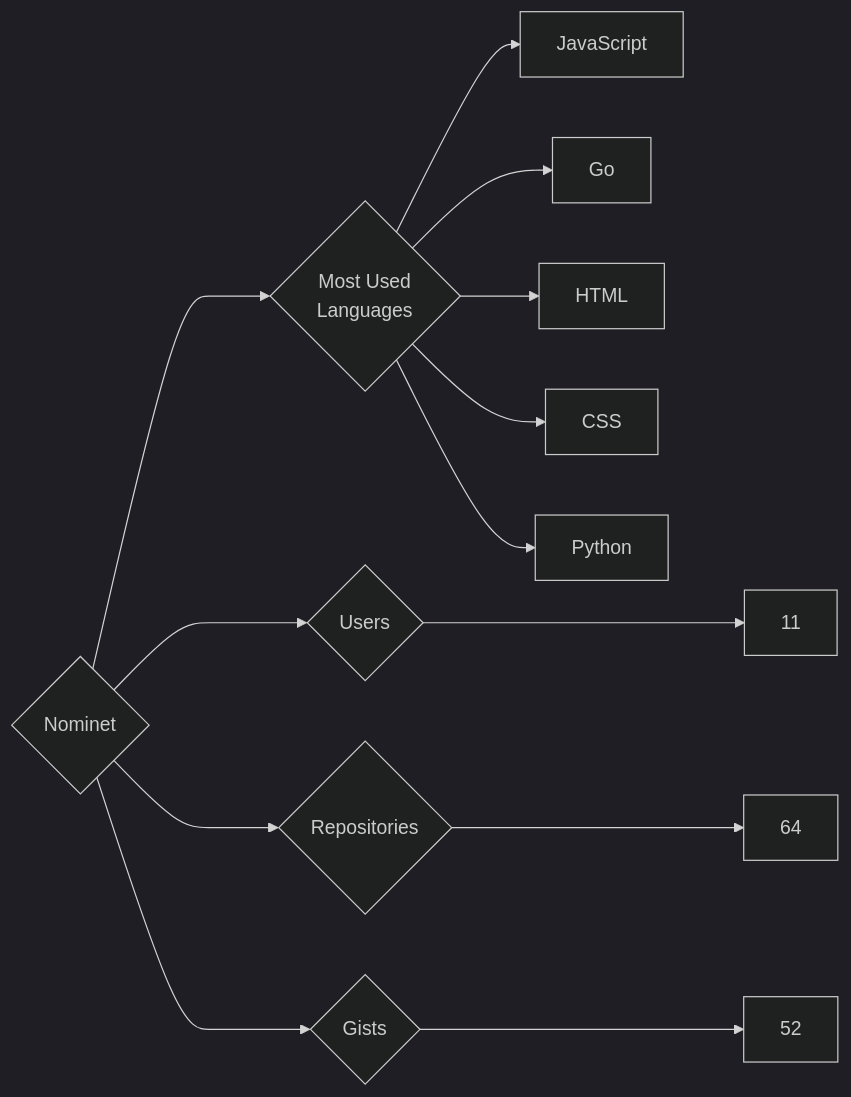
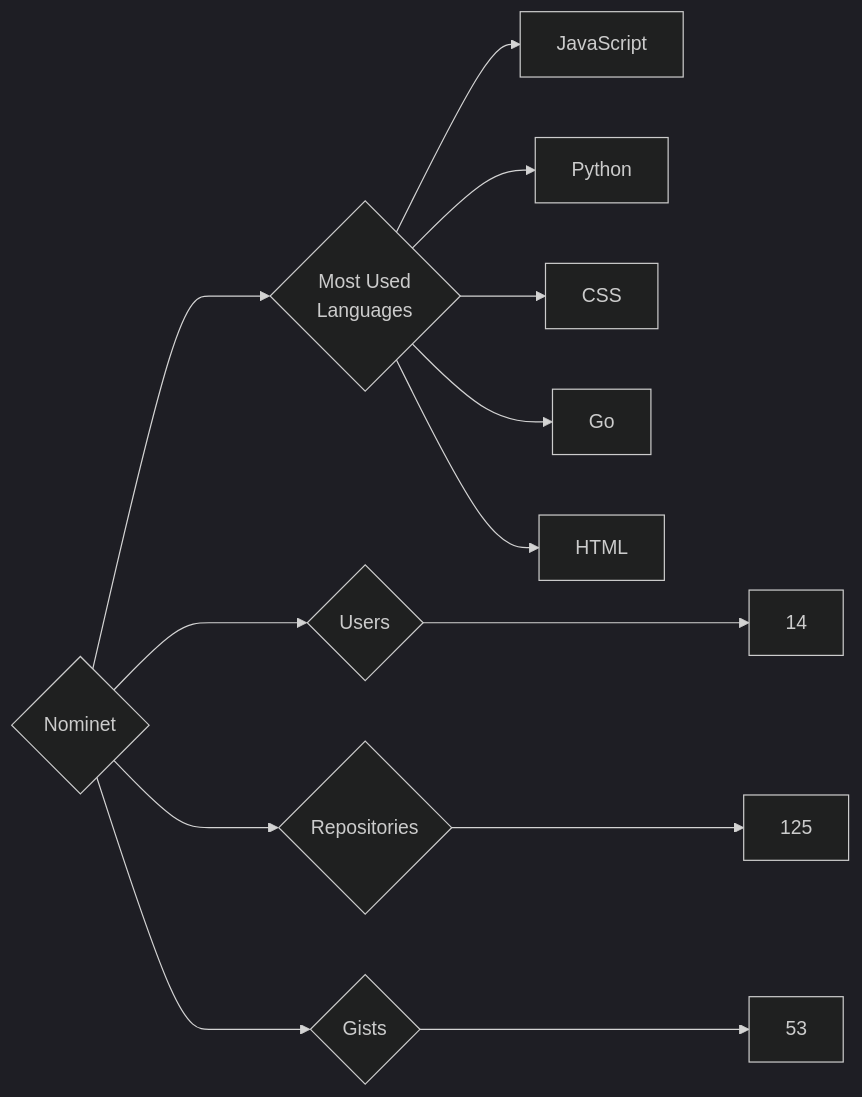
One commit to trickest/insiders changed the diagram in targets/Nominet/README.md. Above: the diagram before and after it, drawn with Mermaid (dark theme). The commit also changed 534 other files, not shown here.

````diff
--- a/targets/Nominet/README.md
+++ b/targets/Nominet/README.md
@@ -3,13 +3,13 @@
 ```mermaid
 graph LR
 COMPANY_NAME{Nominet}
-COMPANY_NAME ---> U{Users} ---> UN[11]
-COMPANY_NAME ---> R{Repositories} ---> RN[64]
-COMPANY_NAME ---> G{Gists} ---> GN[52]
+COMPANY_NAME ---> U{Users} ---> UN[14]
+COMPANY_NAME ---> R{Repositories} ---> RN[125]
+COMPANY_NAME ---> G{Gists} ---> GN[53]
 COMPANY_NAME ---> ML{Most Used<br>Languages}
 ML --> JavaScript[JavaScript]
+ML --> Python[Python]
+ML --> CSS[CSS]
 ML --> Go[Go]
 ML --> HTML[HTML]
-ML --> CSS[CSS]
-ML --> Python[Python]
 ```
````
